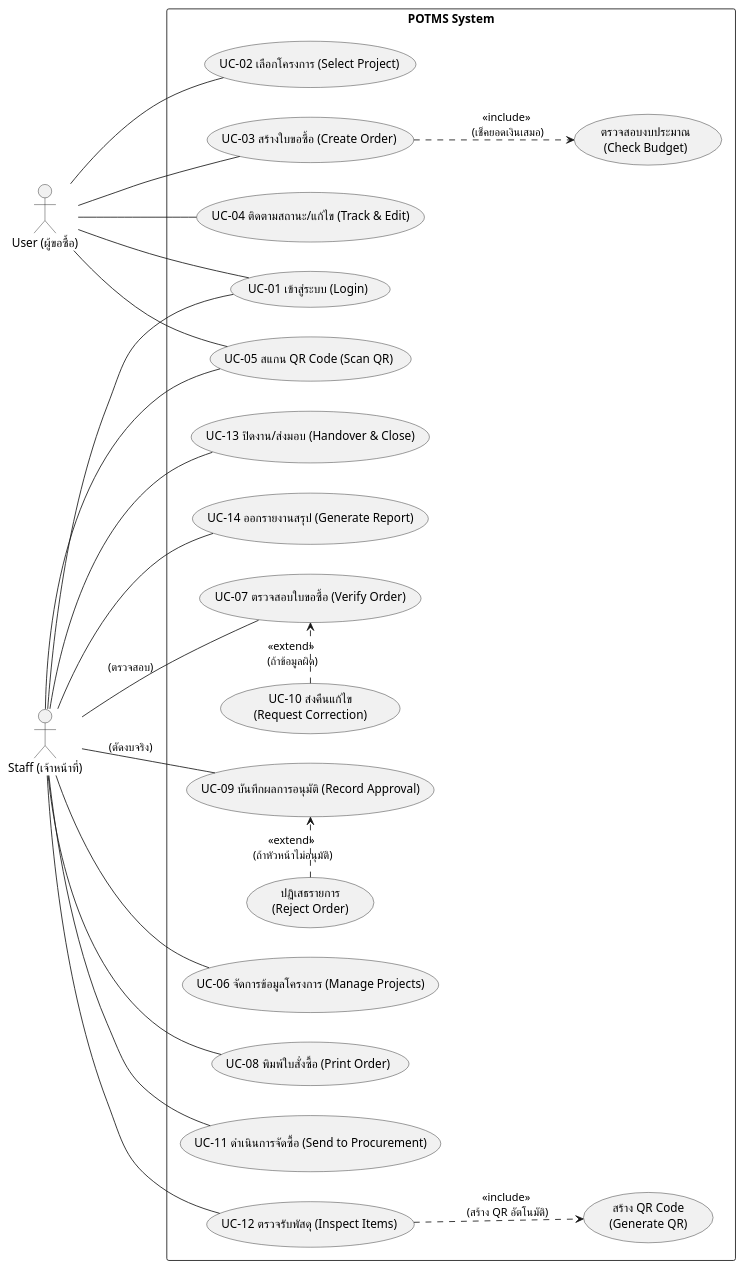
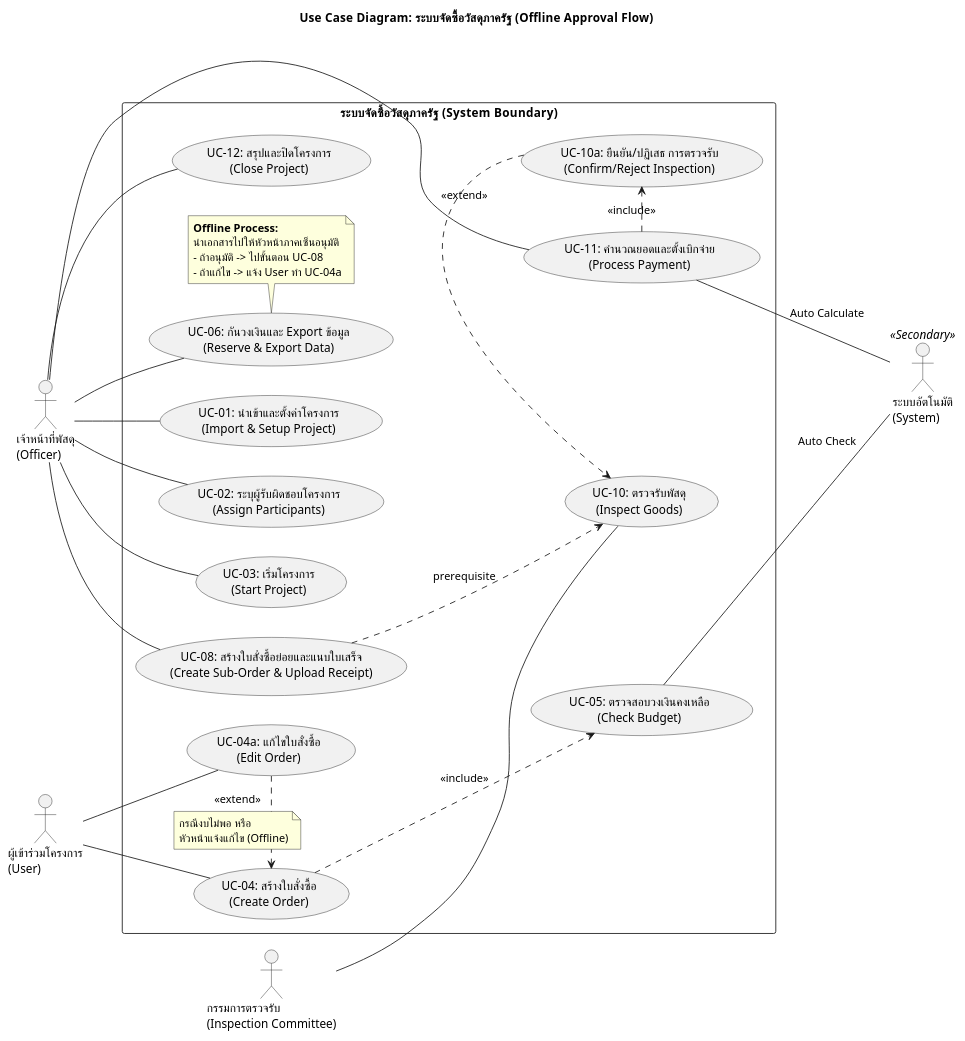
The diagram in Diagram/usecase.puml (Thavizup-Deesan/DSSI-PROJECT-2568), drawn with PlantUML before and after one commit. The commit also changed 88 other files, not shown here.

```diff
--- a/Diagram/usecase.puml
+++ b/Diagram/usecase.puml
@@ -1,66 +1,83 @@
 @startuml
+title Use Case Diagram: ระบบจัดซื้อวัสดุภาครัฐ (Offline Approval Flow)
 left to right direction
 skinparam packageStyle rectangle
 
-actor "User (ผู้ขอซื้อ)" as User
-actor "Staff (เจ้าหน้าที่)" as Staff
+' --- Actors ---
+actor "เจ้าหน้าที่พัสดุ\n(Officer)" as Officer
+actor "ผู้เข้าร่วมโครงการ\n(User)" as User
+actor "กรรมการตรวจรับ\n(Inspection Committee)" as Committee
+actor "ระบบอัตโนมัติ\n(System)" as System <<Secondary>>
 
-package "POTMS System" {
-    ' --- Authentication ---
-    usecase "UC-01 เข้าสู่ระบบ (Login)" as UC01
+rectangle "ระบบจัดซื้อวัสดุภาครัฐ (System Boundary)" {
+
+    ' --- Group 1: Project Setup ---
+    usecase "UC-01: นำเข้าและตั้งค่าโครงการ\n(Import & Setup Project)" as UC01
+    usecase "UC-02: ระบุผู้รับผิดชอบโครงการ\n(Assign Participants)" as UC02
+    usecase "UC-03: เริ่มโครงการ\n(Start Project)" as UC03
+
+    ' --- Group 2: Ordering ---
+    usecase "UC-04: สร้างใบสั่งซื้อ\n(Create Order)" as UC04
+    usecase "UC-04a: แก้ไขใบสั่งซื้อ\n(Edit Order)" as UC05
+    usecase "UC-05: ตรวจสอบวงเงินคงเหลือ\n(Check Budget)" as UC06
     
-    ' --- User Actions ---
-    usecase "UC-02 เลือกโครงการ (Select Project)" as UC02
-    usecase "UC-03 สร้างใบขอซื้อ (Create Order)" as UC03
-    usecase "UC-04 ติดตามสถานะ/แก้ไข (Track & Edit)" as UC04
-    usecase "UC-05 สแกน QR Code (Scan QR)" as UC05
+    ' --- Group 3: Export for Offline Process ---
+    usecase "UC-06: กันวงเงินและ Export ข้อมูล\n(Reserve & Export Data)" as UC07
+    
+    note bottom of UC07
+        <b>Offline Process:</b>
+        นำเอกสารไปให้หัวหน้าภาคเซ็นอนุมัติ
+        - ถ้าอนุมัติ -> ไปขั้นตอน UC-08
+        - ถ้าแก้ไข -> แจ้ง User ทำ UC-04a
+    end note
 
-    ' --- Staff Actions ---
-    usecase "UC-06 จัดการข้อมูลโครงการ (Manage Projects)" as UC06
-    usecase "UC-07 ตรวจสอบใบขอซื้อ (Verify Order)" as UC07
-    usecase "UC-08 พิมพ์ใบสั่งซื้อ (Print Order)" as UC08
-    usecase "UC-09 บันทึกผลการอนุมัติ (Record Approval)" as UC09
-    usecase "UC-11 ดำเนินการจัดซื้อ (Send to Procurement)" as UC11
-    usecase "UC-12 ตรวจรับพัสดุ (Inspect Items)" as UC12
-    usecase "UC-13 ปิดงาน/ส่งมอบ (Handover & Close)" as UC13
-    usecase "UC-14 ออกรายงานสรุป (Generate Report)" as UC14
+    ' --- Group 4: Fulfillment ---
+    usecase "UC-08: สร้างใบสั่งซื้อย่อยและแนบใบเสร็จ\n(Create Sub-Order & Upload Receipt)" as UC09
+    usecase "UC-10: ตรวจรับพัสดุ\n(Inspect Goods)" as UC10
+    usecase "UC-10a: ยืนยัน/ปฏิเสธ การตรวจรับ\n(Confirm/Reject Inspection)" as UC11
 
-    ' --- System Internal Processes (Included/Extended) ---
-    usecase "ตรวจสอบงบประมาณ\n(Check Budget)" as UC_CheckBudget
-    usecase "สร้าง QR Code\n(Generate QR)" as UC_GenQR
-    usecase "UC-10 ส่งคืนแก้ไข\n(Request Correction)" as UC10
-    usecase "ปฏิเสธรายการ\n(Reject Order)" as UC_Reject
+    ' --- Group 5: Closing ---
+    usecase "UC-11: คำนวณยอดและตั้งเบิกจ่าย\n(Process Payment)" as UC12
+    usecase "UC-12: สรุปและปิดโครงการ\n(Close Project)" as UC13
+
+    ' --- Relationships ---
+
+    ' Officer Actions
+    Officer -- UC01
+    Officer -- UC02
+    Officer -- UC03
+    Officer -- UC07
+    Officer -- UC09
+    Officer -- UC12
+    Officer -- UC13
+
+    ' User Actions
+    User -- UC04
+    User -- UC05
+
+    ' Committee Actions
+    Committee -- UC10
+
+    ' System Actions
+    UC06 -- System : Auto Check
+    UC12 -- System : Auto Calculate
+
+    ' --- Logic & Dependencies ---
+    
+    ' Ordering Logic
+    UC04 ..> UC06 : <<include>>
+    UC05 .> UC04 : <<extend>> 
+    note on link
+        กรณีงบไม่พอ หรือ
+        หัวหน้าแจ้งแก้ไข (Offline)
+    end note
+
+    ' Inspection Logic
+    UC09 ..> UC10 : prerequisite
+    UC11 .> UC10 : <<extend>>
+    
+    ' Payment Logic
+    UC12 .> UC11 : <<include>>
 }
 
-' --- Relationships ---
-
-' Auth
-User -- UC01
-Staff -- UC01
-
-' User Flow
-User -- UC02
-User -- UC03
-User -- UC04
-User -- UC05
-
-' ** Include Relationships **
-UC03 ..> UC_CheckBudget : <<include>> \n(เช็คยอดเงินเสมอ)
-UC12 ..> UC_GenQR : <<include>> \n(สร้าง QR อัตโนมัติ)
-
-' Staff Flow
-Staff -- UC05
-Staff -- UC06
-Staff -- UC07 : (ตรวจสอบ)
-Staff -- UC08
-Staff -- UC09 : (ตัดงบจริง)
-Staff -- UC11
-Staff -- UC12
-Staff -- UC13
-Staff -- UC14
-
-' ** Extend Relationships **
-UC10 .> UC07 : <<extend>> \n(ถ้าข้อมูลผิด)
-UC_Reject .> UC09 : <<extend>> \n(ถ้าหัวหน้าไม่อนุมัติ)
-
 @enduml
```
